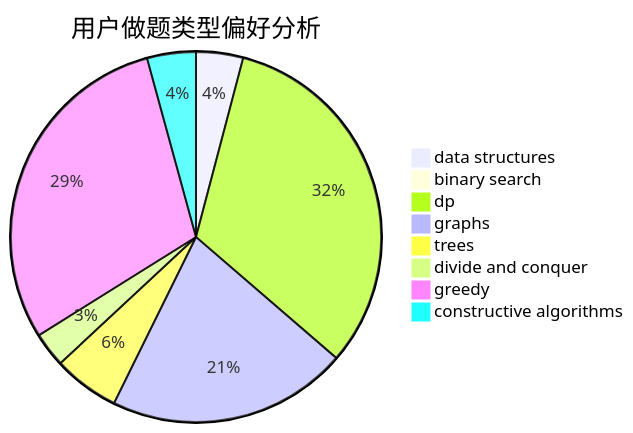
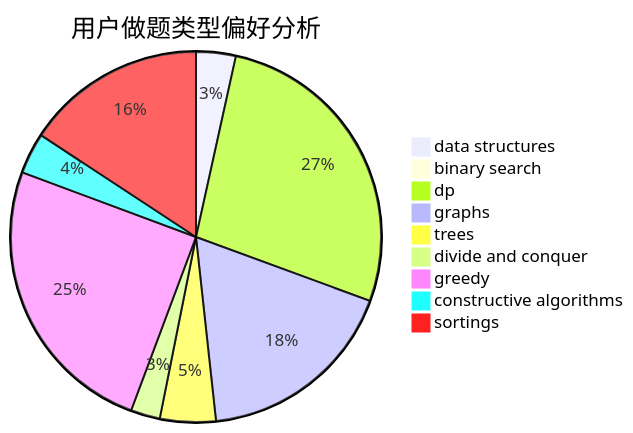
Before and after one commit to sherpahu/cfrs.github.io: the second of 3 diagrams in docs/user/u2535.md, drawn with Mermaid. The commit also changed other lines of this file and 2769 other files, not shown here.

````diff
--- a/docs/user/u2535.md
+++ b/docs/user/u2535.md
@@ -23,11 +18,12 @@
 ```mermaid
 pie title 用户做题类型偏好分析
     "data structures" :  27
     "binary search" :  5
     "dp" :  212
     "graphs" :  138
     "trees" :  38
     "divide and conquer" :  20
     "greedy" :  195
     "constructive algorithms" :  28
+    "sortings" :  123
 ```
````
